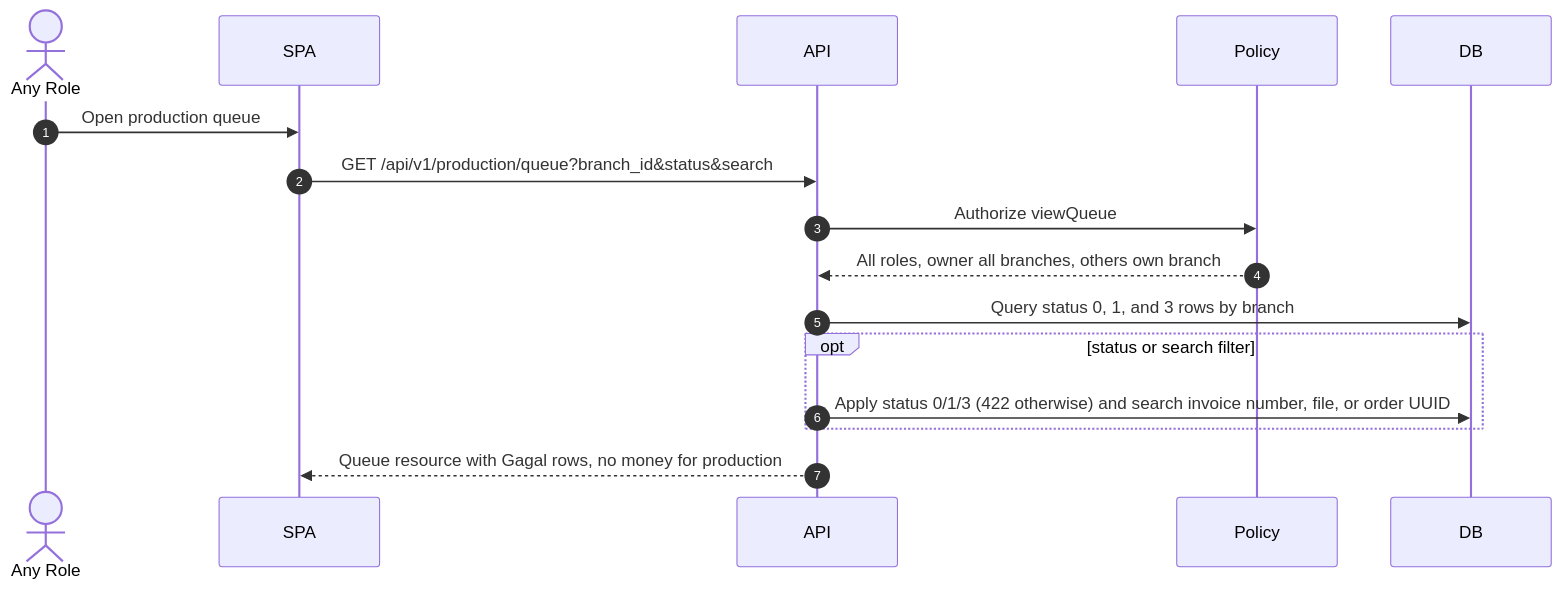
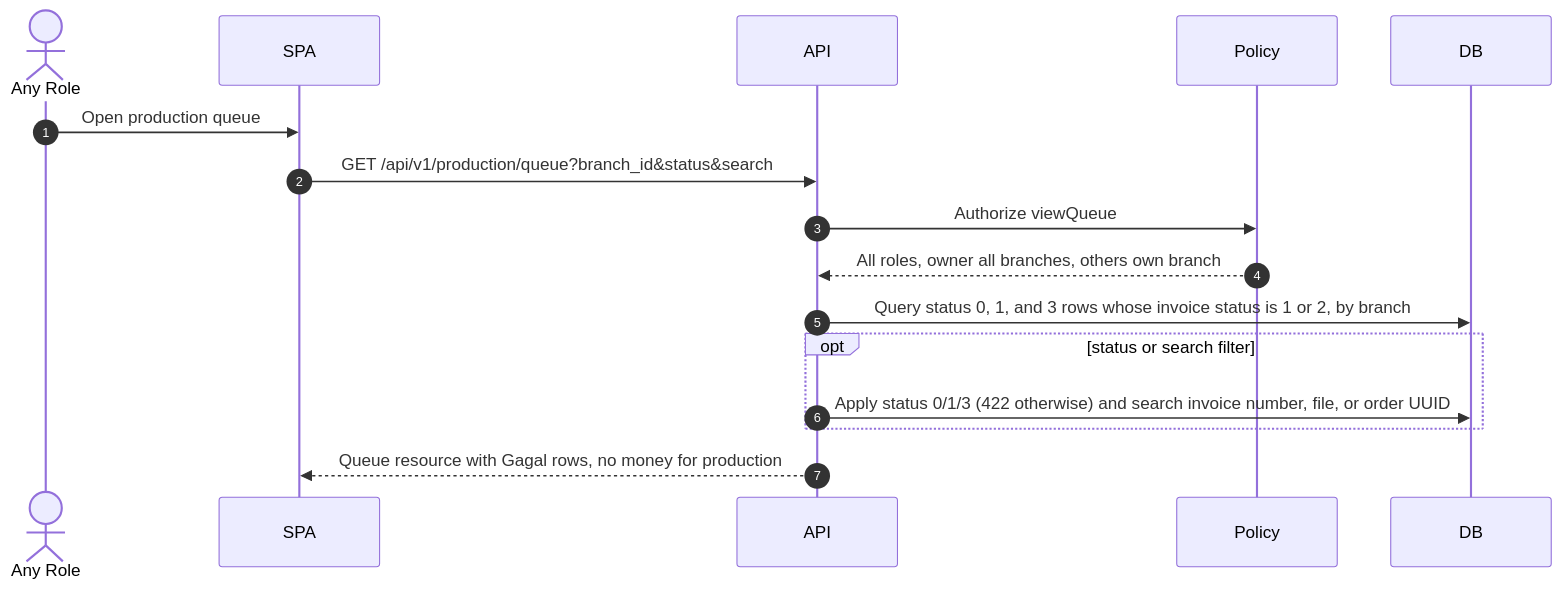
Before and after one commit to Arukast/pos_alja: diagram 19 of 32 in docs/architecture/sequence-diagrams.md, drawn with Mermaid. The commit also changed 6 other files, not shown here.

````diff
--- a/docs/architecture/sequence-diagrams.md
+++ b/docs/architecture/sequence-diagrams.md
@@ -578,19 +578,19 @@
 ```mermaid
 sequenceDiagram
     autonumber
     actor A as Any Role
     participant SPA
     participant API
     participant Policy
     participant DB
 
     A->>SPA: Open production queue
     SPA->>API: GET /api/v1/production/queue?branch_id&status&search
     API->>Policy: Authorize viewQueue
     Policy-->>API: All roles, owner all branches, others own branch
-    API->>DB: Query status 0, 1, and 3 rows by branch
+    API->>DB: Query status 0, 1, and 3 rows whose invoice status is 1 or 2, by branch
     opt status or search filter
         API->>DB: Apply status 0/1/3 (422 otherwise) and search invoice number, file, or order UUID
     end
     API-->>SPA: Queue resource with Gagal rows, no money for production
 ```
````
